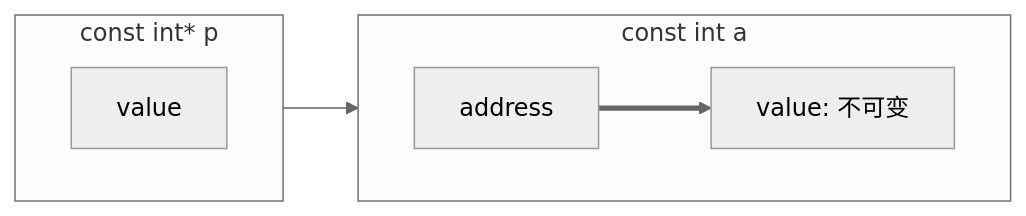
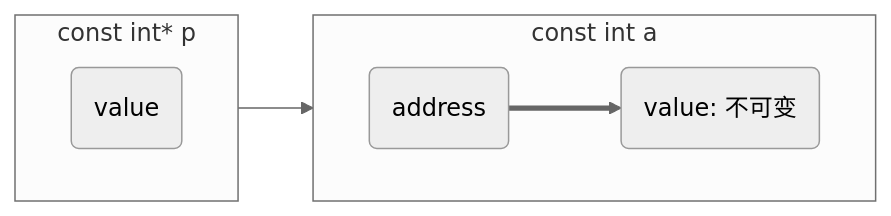
Before and after one commit to dmjcb/dmjcb.github.io: the seventh of 10 diagrams in _posts/c_c++/pointer/2022-01-08-pointer.md, drawn with Mermaid (neutral theme). The commit also changed other lines of this file and 22 other files, not shown here.

````diff
--- a/_posts/c_c++/pointer/2022-01-08-pointer.md
+++ b/_posts/c_c++/pointer/2022-01-08-pointer.md
@@ -339,13 +343,14 @@
 ```mermaid
 graph LR;
     subgraph S1[const int a]
     direction LR
-        V[value: 不可变]
-        A[address]
+        V(value: 不可变)
+        A(address)
     end
+
     subgraph S2[const int* p]
-        V2[value]
+        V2(value)
         direction LR
     end
-    S2-->A==>V
+    V2-->A==>V
 ```
````
